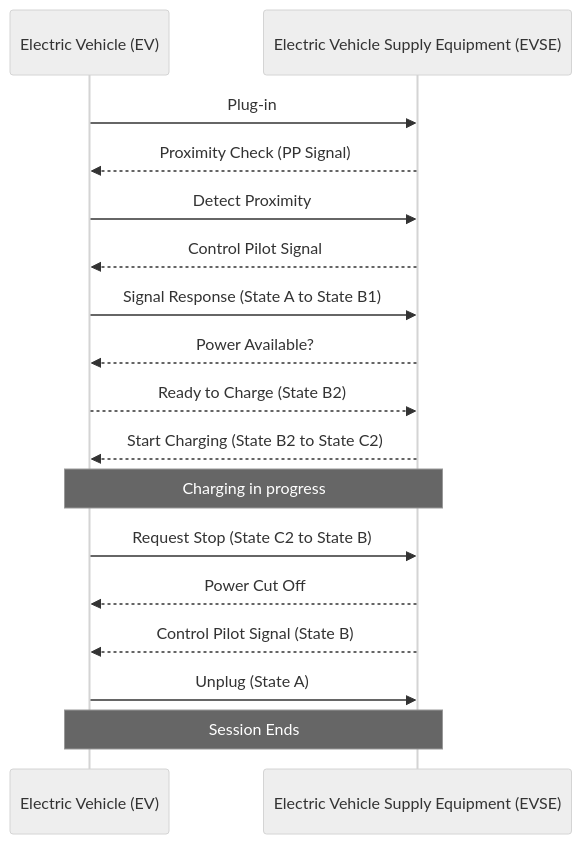
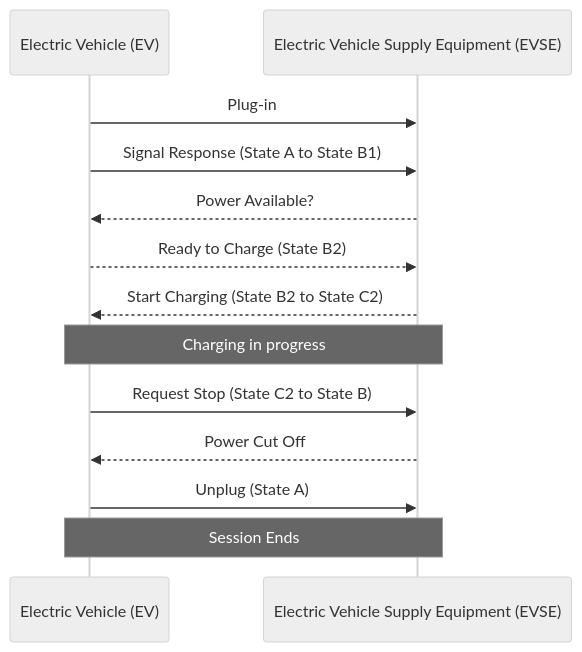
One commit to EVerest/everest-demo changed the first of 4 diagrams in README.md. Above: the diagram before and after it, drawn with Mermaid (neutral theme). The commit also changed other lines of this file, not shown here.

````diff
--- a/README.md
+++ b/README.md
@@ -152,22 +152,18 @@
  ```mermaid
 
 sequenceDiagram
 
     participant EV as Electric Vehicle (EV)
     participant EVSE as Electric Vehicle Supply Equipment (EVSE)
     EV->>EVSE: Plug-in
-    EVSE-->>EV: Proximity Check (PP Signal)
-    EV->>EVSE: Detect Proximity
-    EVSE-->>EV: Control Pilot Signal
     EV->>EVSE: Signal Response (State A to State B1)
     EVSE-->>EV: Power Available?
     EV-->>EVSE: Ready to Charge (State B2)
     EVSE-->>EV: Start Charging (State B2 to State C2)
     Note over EVSE, EV: Charging in progress
     EV->>EVSE: Request Stop (State C2 to State B)
     EVSE-->>EV: Power Cut Off
-    EVSE-->>EV: Control Pilot Signal (State B)
     EV->>EVSE: Unplug (State A)
     Note over EVSE, EV: Session Ends
  
 ``` 
````
